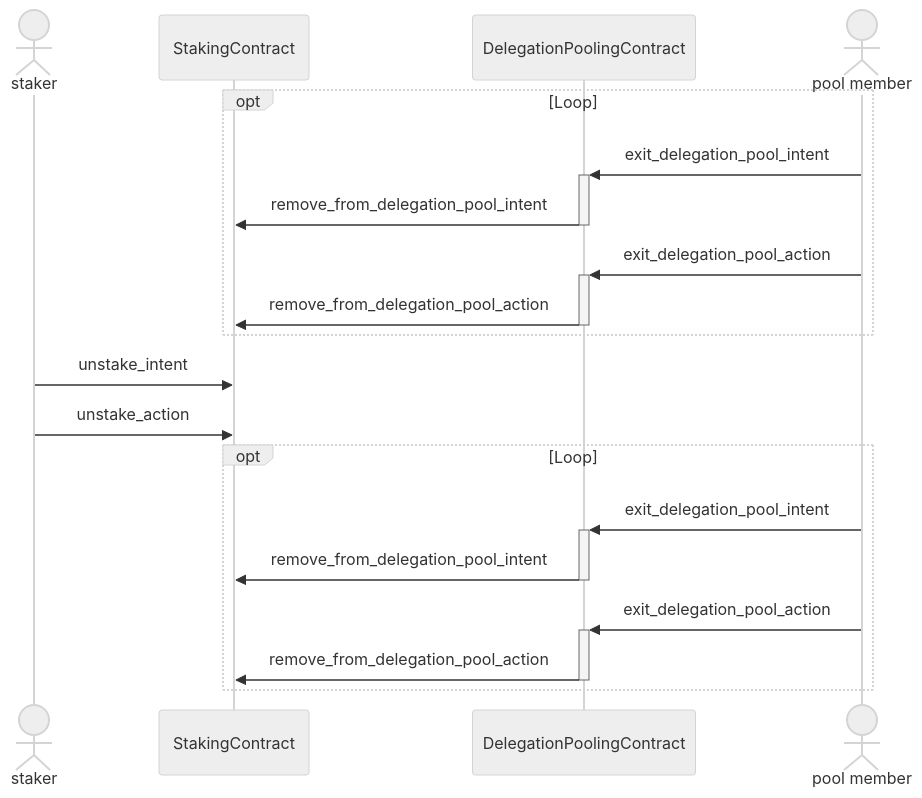
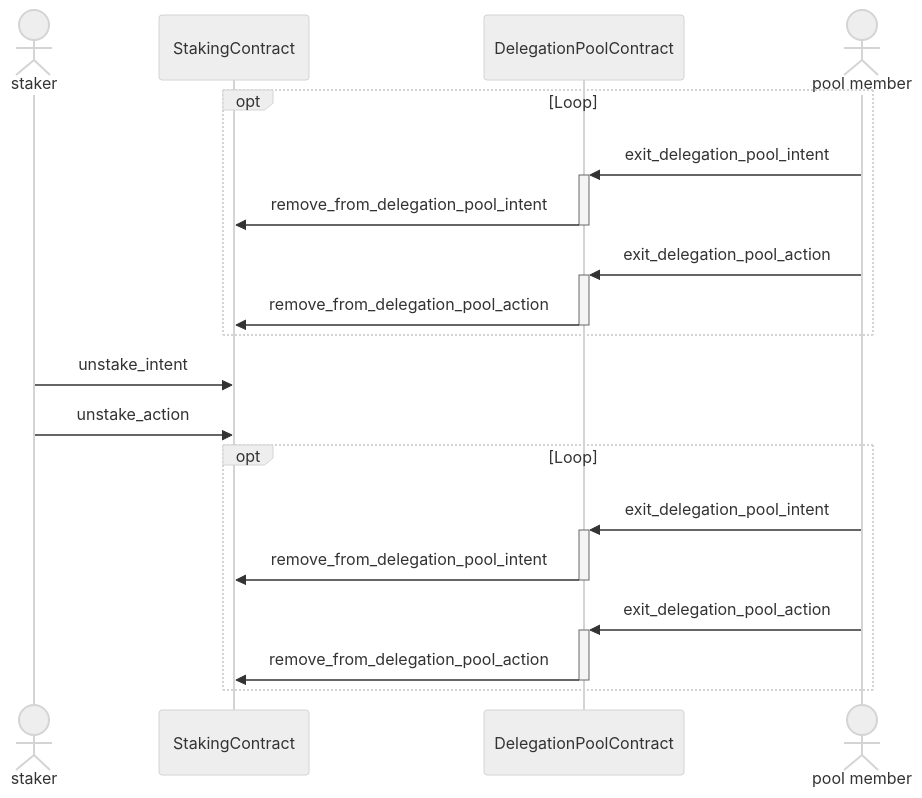
Before and after one commit to starkware-libs/starknet-staking: the fourth of 8 diagrams in workspace/apps/staking/docs/spec.md, drawn with Mermaid (neutral theme). The commit also changed other lines of this file and 16 other files, not shown here.

Commit message:
fix(staking): change pooling to pool (#1704)

````diff
--- a/workspace/apps/staking/docs/spec.md
+++ b/workspace/apps/staking/docs/spec.md
@@ -279,21 +279,21 @@
 ```mermaid
 sequenceDiagram
   actor staker
   participant StakingContract
-  participant DelegationPoolingContract
+  participant DelegationPoolContract
   actor pool member
   opt Loop
-    pool member ->>+ DelegationPoolingContract: exit_delegation_pool_intent
-    DelegationPoolingContract ->>- StakingContract: remove_from_delegation_pool_intent
-    pool member ->>+ DelegationPoolingContract: exit_delegation_pool_action
-    DelegationPoolingContract ->>- StakingContract: remove_from_delegation_pool_action
+    pool member ->>+ DelegationPoolContract: exit_delegation_pool_intent
+    DelegationPoolContract ->>- StakingContract: remove_from_delegation_pool_intent
+    pool member ->>+ DelegationPoolContract: exit_delegation_pool_action
+    DelegationPoolContract ->>- StakingContract: remove_from_delegation_pool_action
   end
   staker ->> StakingContract: unstake_intent
   staker ->> StakingContract: unstake_action
   opt Loop
-    pool member ->>+ DelegationPoolingContract: exit_delegation_pool_intent
-    DelegationPoolingContract ->>- StakingContract: remove_from_delegation_pool_intent
-    pool member ->>+ DelegationPoolingContract: exit_delegation_pool_action
-    DelegationPoolingContract ->>- StakingContract: remove_from_delegation_pool_action
+    pool member ->>+ DelegationPoolContract: exit_delegation_pool_intent
+    DelegationPoolContract ->>- StakingContract: remove_from_delegation_pool_intent
+    pool member ->>+ DelegationPoolContract: exit_delegation_pool_action
+    DelegationPoolContract ->>- StakingContract: remove_from_delegation_pool_action
   end
 ```
````
